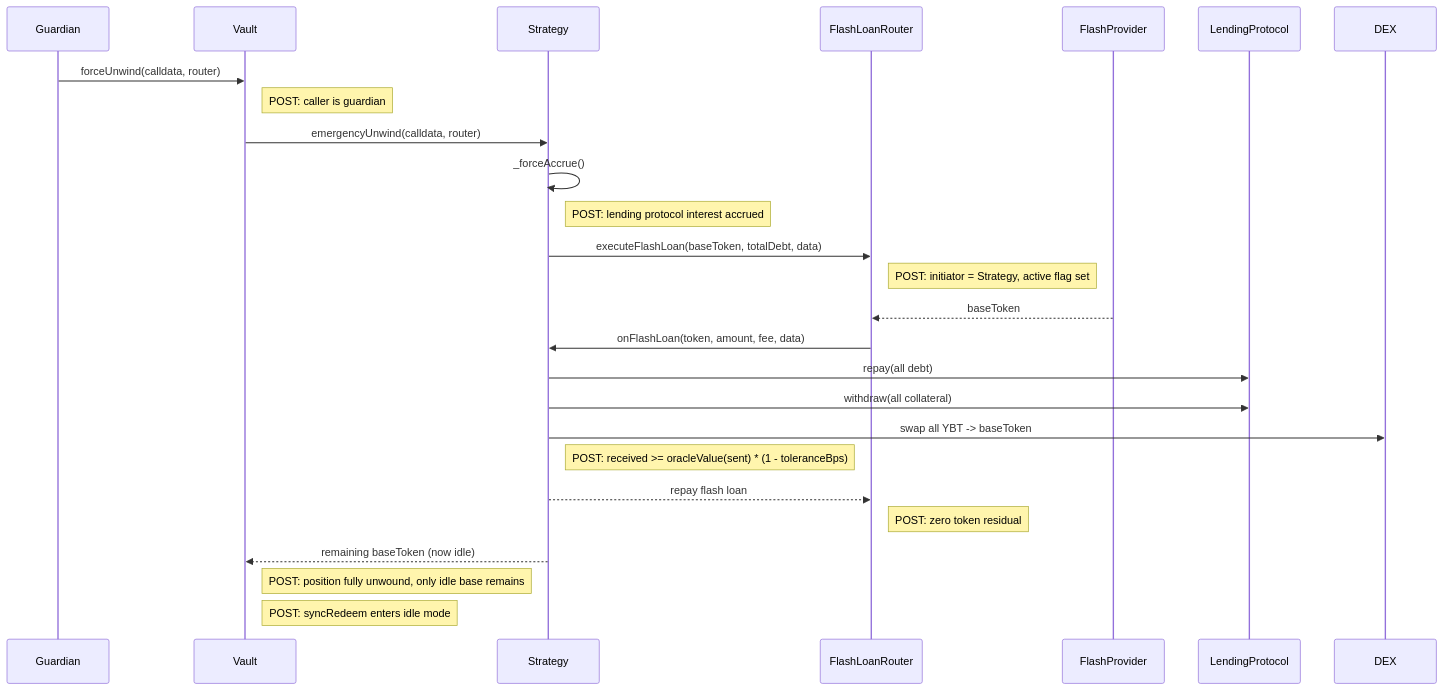
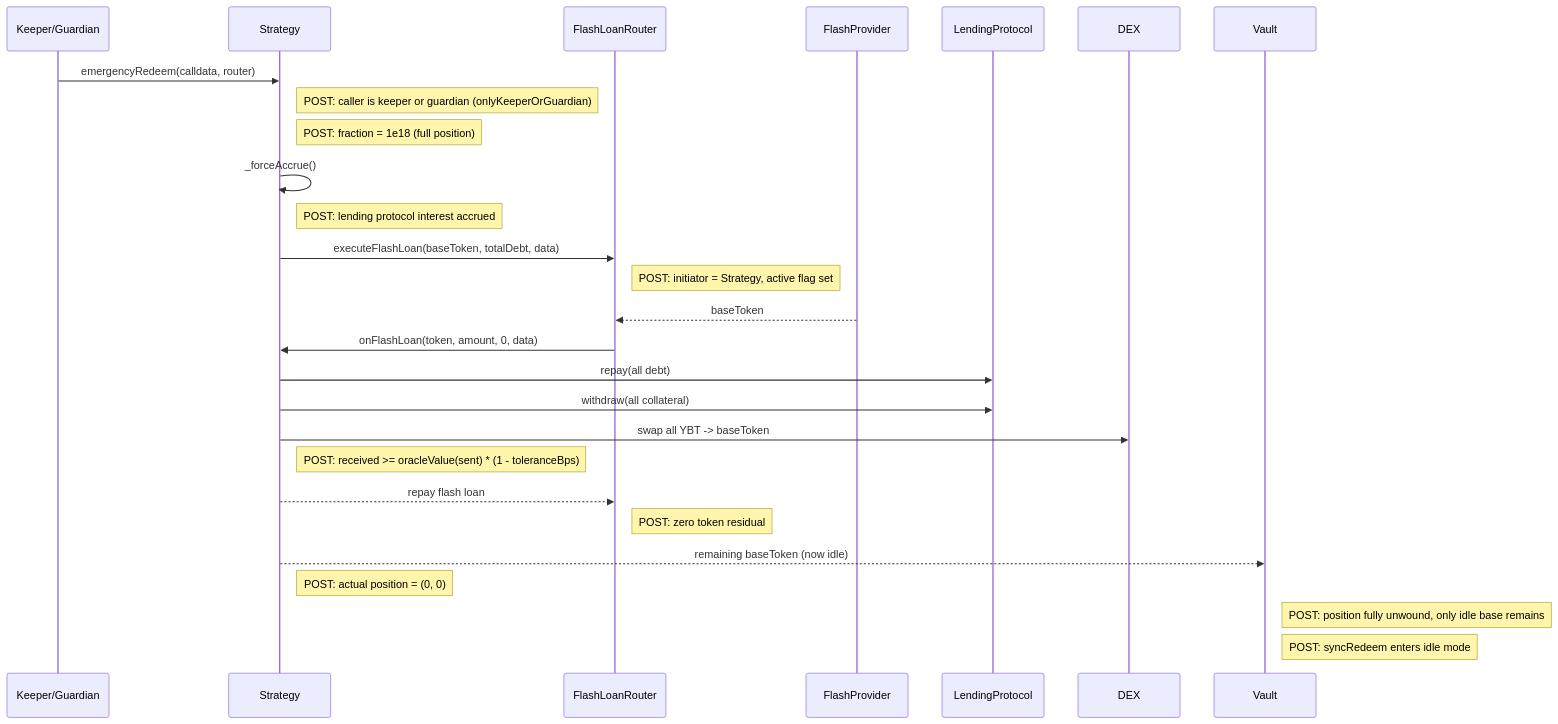
Before and after one commit to evgenynacu/leverage-vaults: diagram 12 of 17 in docs/architecture/call-diagrams.md, drawn with Mermaid. The commit also changed other lines of this file and 10 other files, not shown here.

````diff
--- a/docs/architecture/call-diagrams.md
+++ b/docs/architecture/call-diagrams.md
@@ -205,21 +248,22 @@
 ```mermaid
 sequenceDiagram
-    Guardian->>Vault: forceUnwind(calldata, router)
-    note right of Vault: POST: caller is guardian
-    Vault->>Strategy: emergencyUnwind(calldata, router)
+    Keeper/Guardian->>Strategy: emergencyRedeem(calldata, router)
+    note right of Strategy: POST: caller is keeper or guardian (onlyKeeperOrGuardian)
+    note right of Strategy: POST: fraction = 1e18 (full position)
     Strategy->>Strategy: _forceAccrue()
     note right of Strategy: POST: lending protocol interest accrued
     Strategy->>FlashLoanRouter: executeFlashLoan(baseToken, totalDebt, data)
     note right of FlashLoanRouter: POST: initiator = Strategy, active flag set
     FlashProvider-->>FlashLoanRouter: baseToken
-    FlashLoanRouter->>Strategy: onFlashLoan(token, amount, fee, data)
+    FlashLoanRouter->>Strategy: onFlashLoan(token, amount, 0, data)
     Strategy->>LendingProtocol: repay(all debt)
     Strategy->>LendingProtocol: withdraw(all collateral)
     Strategy->>DEX: swap all YBT -> baseToken
     note right of Strategy: POST: received >= oracleValue(sent) * (1 - toleranceBps)
     Strategy-->>FlashLoanRouter: repay flash loan
     note right of FlashLoanRouter: POST: zero token residual
     Strategy-->>Vault: remaining baseToken (now idle)
+    note right of Strategy: POST: actual position = (0, 0)
     note right of Vault: POST: position fully unwound, only idle base remains
     note right of Vault: POST: syncRedeem enters idle mode
 ```
````
